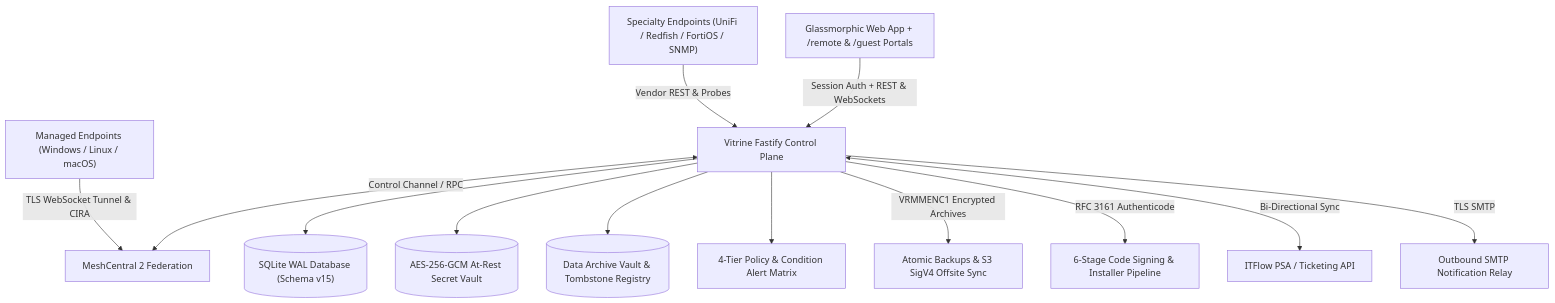
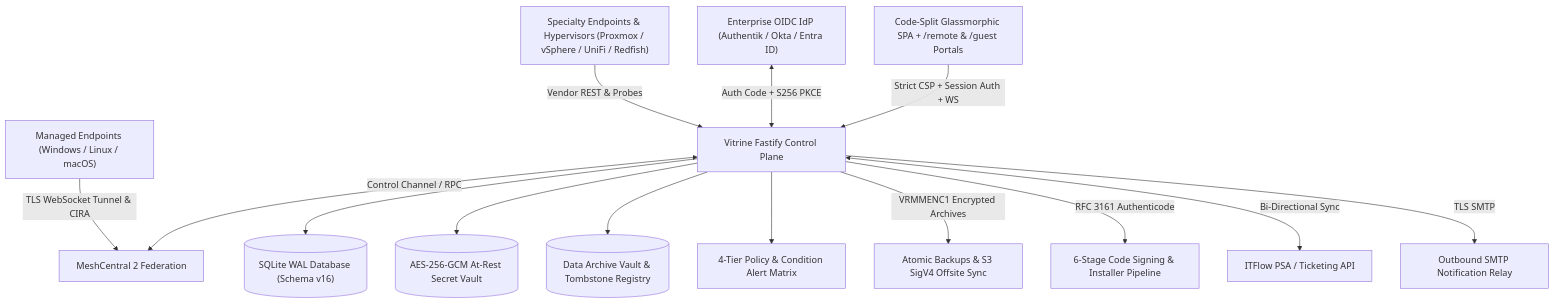
One commit to TylerHats/Vitrine-RMM changed the diagram in README.md. Above: the diagram before and after it, drawn with Mermaid. The commit also changed other lines of this file and 34 other files, not shown here.

Commit message:
Release v2.5.1 Stable: OIDC PKCE SSO, live hypervisor sync, backup key escrow, secret custom fields & security hardening

````diff
--- a/README.md
+++ b/README.md
@@ -41,15 +41,16 @@
 ```mermaid
 graph TD
     Client["Managed Endpoints (Windows / Linux / macOS)"] -->|TLS WebSocket Tunnel & CIRA| MC["MeshCentral 2 Federation"]
-    Appliances["Specialty Endpoints (UniFi / Redfish / FortiOS / SNMP)"] -->|Vendor REST & Probes| API["Vitrine Fastify Control Plane"]
-    UI["Glassmorphic Web App + /remote & /guest Portals"] -->|Session Auth + REST & WebSockets| API
+    Appliances["Specialty Endpoints & Hypervisors (Proxmox / vSphere / UniFi / Redfish)"] -->|Vendor REST & Probes| API["Vitrine Fastify Control Plane"]
+    IdP["Enterprise OIDC IdP (Authentik / Okta / Entra ID)"] <-->|Auth Code + S256 PKCE| API
+    UI["Code-Split Glassmorphic SPA + /remote & /guest Portals"] -->|Strict CSP + Session Auth + WS| API
     API <-->|Control Channel / RPC| MC
-    API --> DB[("SQLite WAL Database (Schema v15)")]
+    API --> DB[("SQLite WAL Database (Schema v16)")]
     API --> Vault[("AES-256-GCM At-Rest Secret Vault")]
     API --> Archive[("Data Archive Vault & Tombstone Registry")]
     API --> Policy["4-Tier Policy & Condition Alert Matrix"]
     API -->|VRMMENC1 Encrypted Archives| Backup["Atomic Backups & S3 SigV4 Offsite Sync"]
     API -->|RFC 3161 Authenticode| Signer["6-Stage Code Signing & Installer Pipeline"]
     API <-->|Bi-Directional Sync| PSA["ITFlow PSA / Ticketing API"]
     API -->|TLS SMTP| Mail["Outbound SMTP Notification Relay"]
 ```
````
